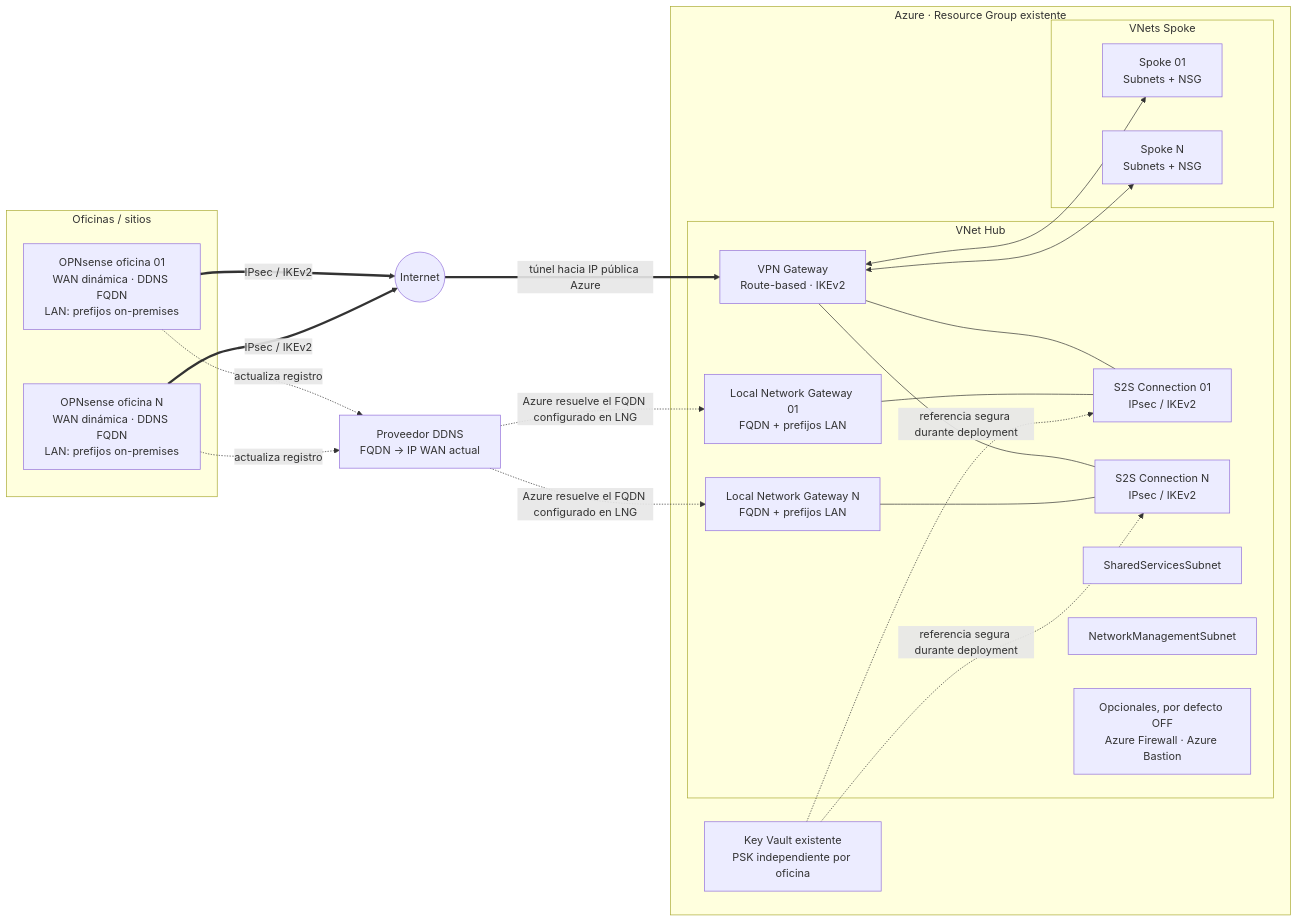
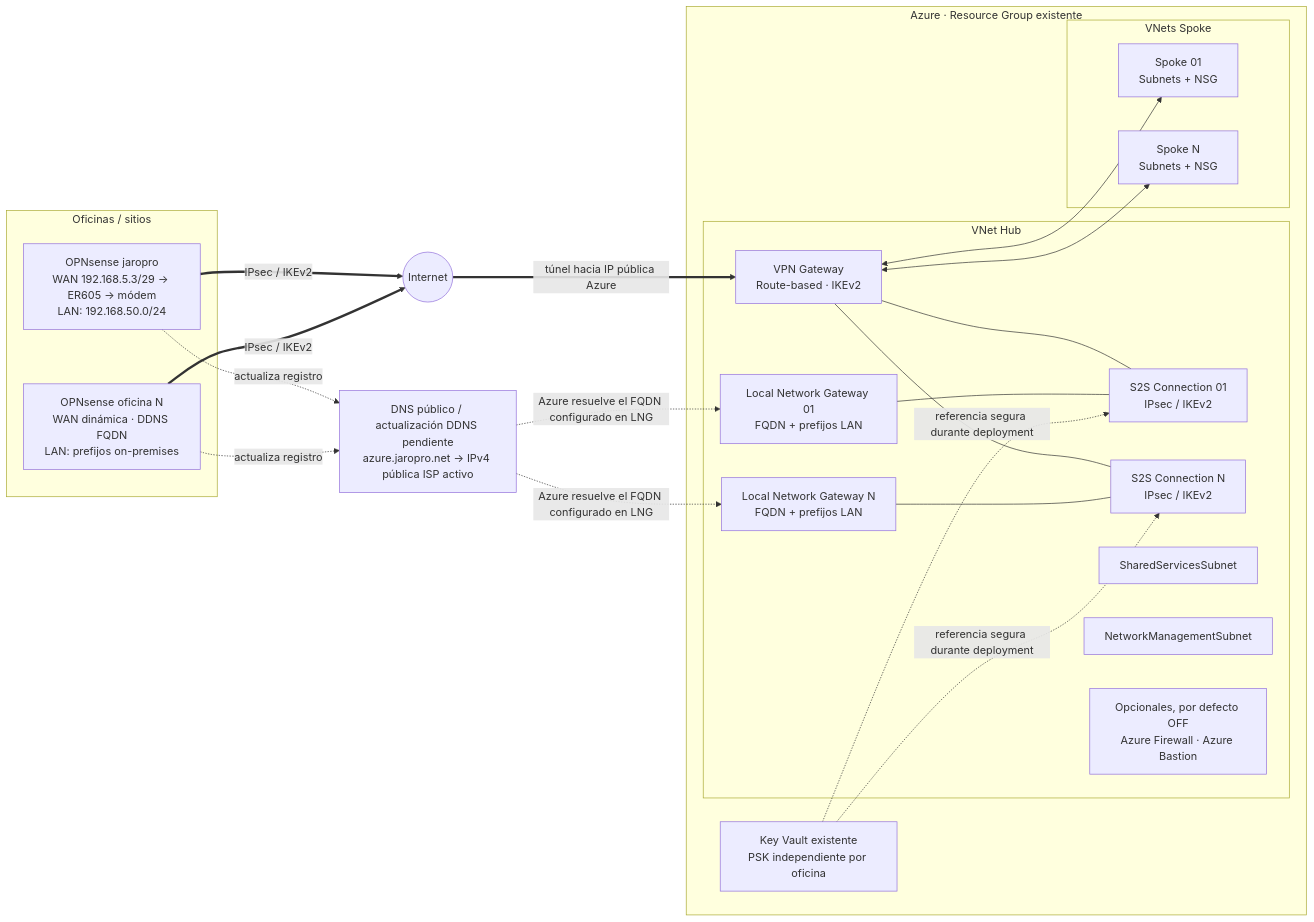
One commit to RogerMicrosoftCode/IaCAzureVPNBicep changed the first of 2 diagrams in README.md. Above: the diagram before and after it, drawn with Mermaid. The commit also changed other lines of this file and 6 other files, not shown here.

First line of the commit message:
Configura VPN jaropro y verifica disponibilidad de redes Azure

````diff
--- a/README.md
+++ b/README.md
@@ -32,44 +32,44 @@
 ```mermaid
 flowchart LR
     subgraph OnPrem["Oficinas / sitios"]
-        O1["OPNsense oficina 01<br/>WAN dinámica · DDNS FQDN<br/>LAN: prefijos on-premises"]
+        O1["OPNsense jaropro<br/>WAN 192.168.5.3/29 → ER605 → módem<br/>LAN: 192.168.50.0/24"]
         O2["OPNsense oficina N<br/>WAN dinámica · DDNS FQDN<br/>LAN: prefijos on-premises"]
     end
 
-    DNS["Proveedor DDNS<br/>FQDN → IP WAN actual"]
+    DNS["DNS público / actualización DDNS pendiente<br/>azure.jaropro.net → IPv4 pública ISP activo"]
     Internet(("Internet"))
 
     subgraph Azure["Azure · Resource Group existente"]
         subgraph Hub["VNet Hub"]
             GW["VPN Gateway<br/>Route-based · IKEv2"]
             LNG1["Local Network Gateway 01<br/>FQDN + prefijos LAN"]
             LNG2["Local Network Gateway N<br/>FQDN + prefijos LAN"]
             C1["S2S Connection 01<br/>IPsec / IKEv2"]
             CN["S2S Connection N<br/>IPsec / IKEv2"]
             SHARED["SharedServicesSubnet"]
             MGMT["NetworkManagementSubnet"]
             OPT["Opcionales, por defecto OFF<br/>Azure Firewall · Azure Bastion"]
         end
         subgraph Spokes["VNets Spoke"]
             S1["Spoke 01<br/>Subnets + NSG"]
             SN["Spoke N<br/>Subnets + NSG"]
         end
         KV["Key Vault existente<br/>PSK independiente por oficina"]
     end
 
     O1 -. "actualiza registro" .-> DNS
     O2 -. "actualiza registro" .-> DNS
     O1 ==>|"IPsec / IKEv2"| Internet
     O2 ==>|"IPsec / IKEv2"| Internet
     Internet ==>|"túnel hacia IP pública Azure"| GW
     DNS -. "Azure resuelve el FQDN configurado en LNG" .-> LNG1
     DNS -. "Azure resuelve el FQDN configurado en LNG" .-> LNG2
     GW --- C1
     LNG1 --- C1
     GW --- CN
     LNG2 --- CN
     GW <--> S1
     GW <--> SN
     KV -. "referencia segura durante deployment" .-> C1
     KV -. "referencia segura durante deployment" .-> CN
 ```
````
